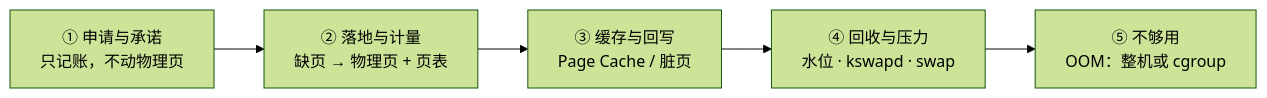
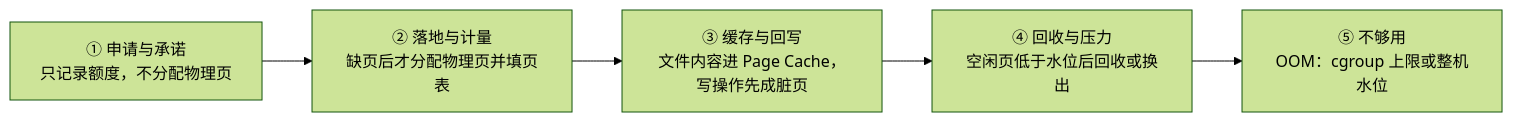
The diagram in Linux/04_内存管理与OOM/00_导读与知识地图.md (realtyz/ops-manual), drawn with Mermaid (forest theme) before and after one commit. The commit also changed other lines of this file and 118 other files, not shown here.

````diff
--- a/Linux/04_内存管理与OOM/00_导读与知识地图.md
+++ b/Linux/04_内存管理与OOM/00_导读与知识地图.md
@@ -18,7 +18,7 @@
 ```mermaid
 flowchart LR
-  A["① 申请与承诺<br/>只记账，不动物理页"] --> B["② 落地与计量<br/>缺页 → 物理页 + 页表"]
-  B --> C["③ 缓存与回写<br/>Page Cache / 脏页"]
-  C --> D["④ 回收与压力<br/>水位 · kswapd · swap"]
-  D --> E["⑤ 不够用<br/>OOM：整机或 cgroup"]
+  A["① 申请与承诺<br/>只记录额度，不分配物理页"] --> B["② 落地与计量<br/>缺页后才分配物理页并填页表"]
+  B --> C["③ 缓存与回写<br/>文件内容进 Page Cache，写操作先成脏页"]
+  C --> D["④ 回收与压力<br/>空闲页低于水位后回收或换出"]
+  D --> E["⑤ 不够用<br/>OOM：cgroup 上限或整机水位"]
 ```
````
